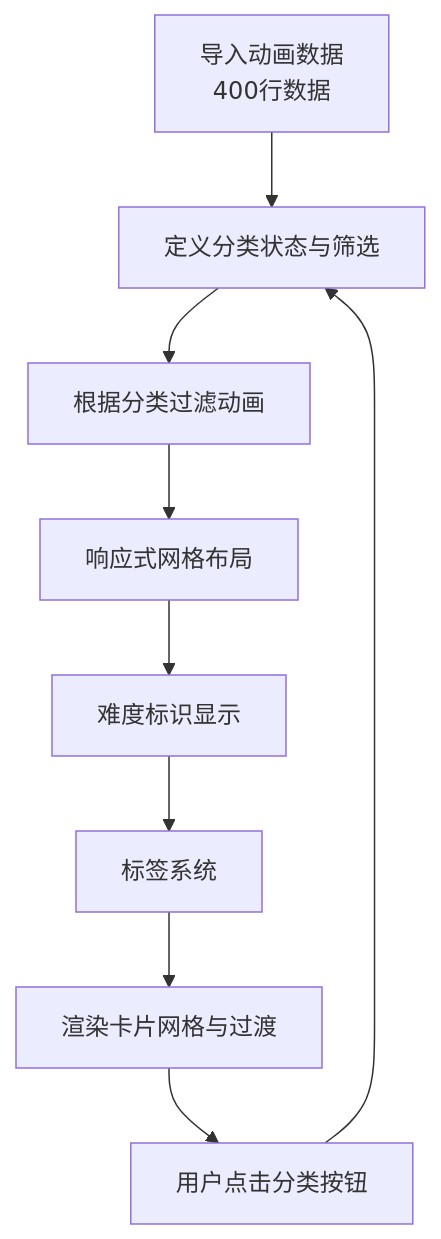
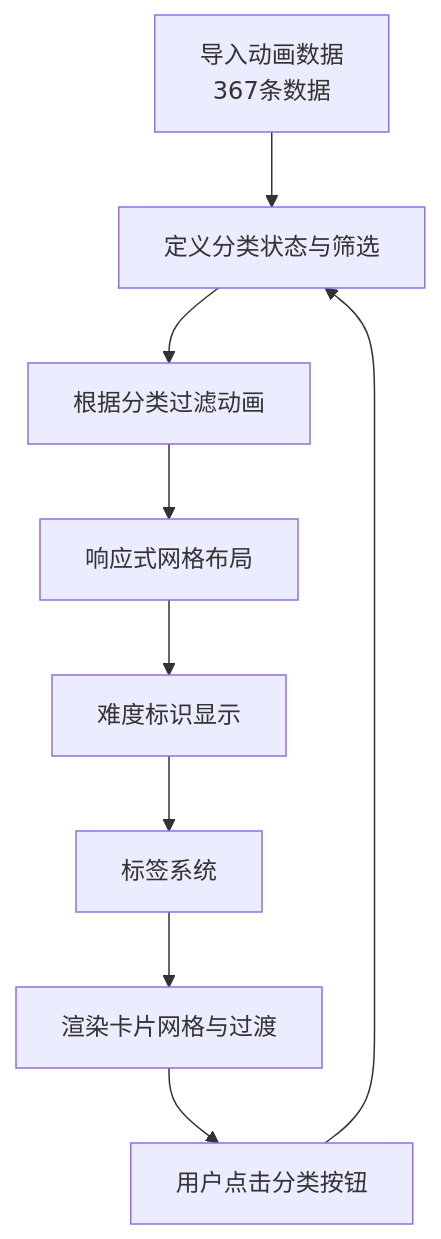
One commit to yuyezhizhi/yuyezhizhi.github.io changed the sixth of 9 diagrams in .qoder/repowiki/zh/content/技术架构/核心框架架构.md. Above: the diagram before and after it, drawn with Mermaid. The commit also changed other lines of this file and 14 other files, not shown here.

````diff
--- a/.qoder/repowiki/zh/content/技术架构/核心框架架构.md
+++ b/.qoder/repowiki/zh/content/技术架构/核心框架架构.md
@@ -217,11 +214,11 @@
 ```mermaid
 flowchart TD
-Load["导入动画数据<br/>400行数据"] --> State["定义分类状态与筛选"]
+Load["导入动画数据<br/>367条数据"] --> State["定义分类状态与筛选"]
 State --> Filter["根据分类过滤动画"]
 Filter --> Grid["响应式网格布局"]
 Grid --> Difficulty["难度标识显示"]
 Difficulty --> Tags["标签系统"]
 Tags --> Render["渲染卡片网格与过渡"]
 Render --> Interact["用户点击分类按钮"]
 Interact --> State
 ```
````
